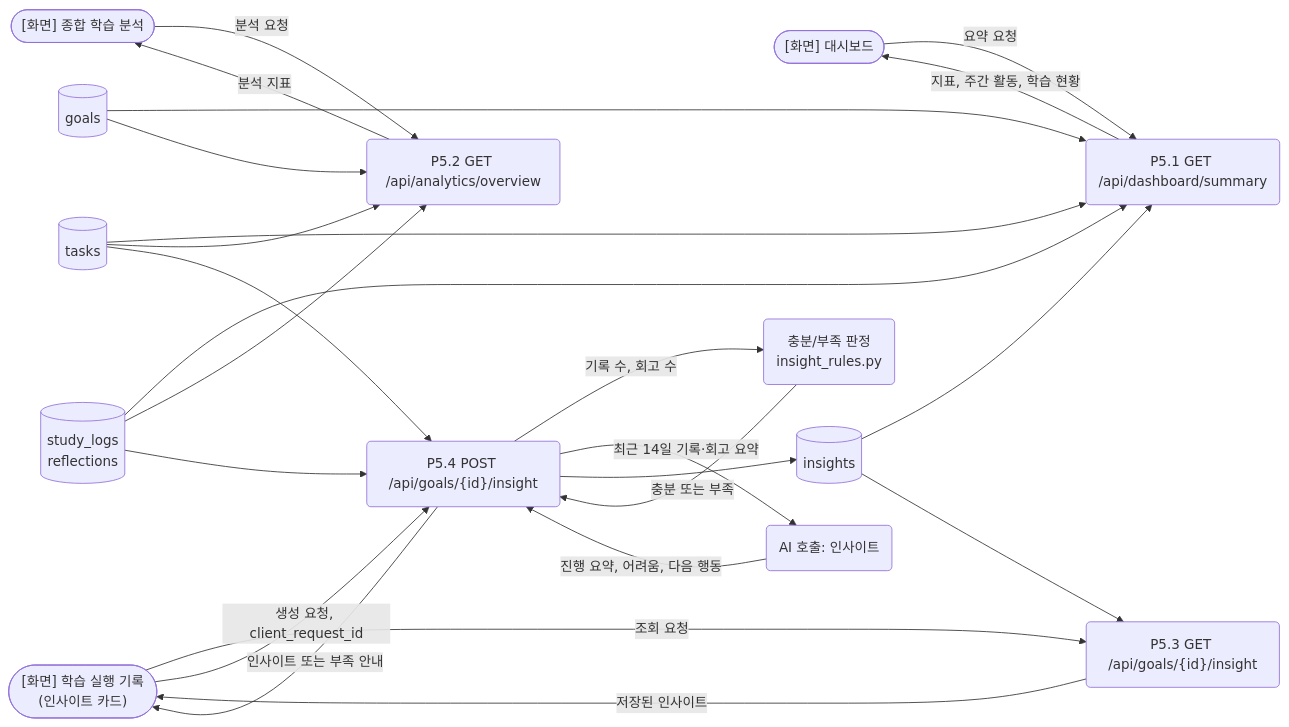
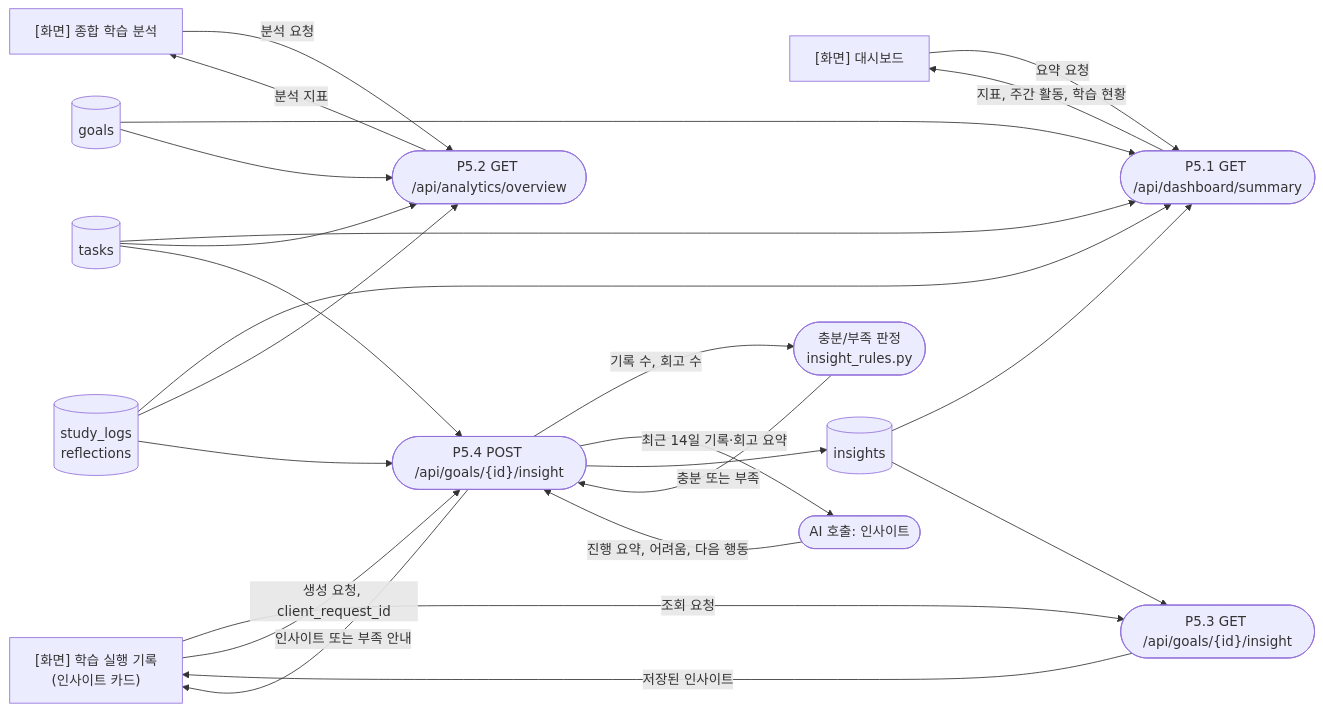
Before and after one commit to yong05610/ai-n-fprj: the eighth of 12 diagrams in docs/architecture_dfd.md, drawn with Mermaid. The commit also changed other lines of this file, not shown here.

````diff
--- a/docs/architecture_dfd.md
+++ b/docs/architecture_dfd.md
@@ -315,40 +315,40 @@
 ```mermaid
 flowchart LR
-    S1(["[화면] 대시보드"])
-    S2(["[화면] 종합 학습 분석"])
-    S3(["[화면] 학습 실행 기록<br/>(인사이트 카드)"])
-    P51("P5.1 GET /api/dashboard/summary")
-    P52("P5.2 GET /api/analytics/overview")
-    P53("P5.3 GET /api/goals/{id}/insight")
-    P54("P5.4 POST /api/goals/{id}/insight")
-    AI("AI 호출: 인사이트")
-    RU("충분/부족 판정<br/>insight_rules.py")
+    S1["[화면] 대시보드"]
+    S2["[화면] 종합 학습 분석"]
+    S3["[화면] 학습 실행 기록<br/>(인사이트 카드)"]
+    P51(["P5.1 GET /api/dashboard/summary"])
+    P52(["P5.2 GET /api/analytics/overview"])
+    P53(["P5.3 GET /api/goals/{id}/insight"])
+    P54(["P5.4 POST /api/goals/{id}/insight"])
+    AI(["AI 호출: 인사이트"])
+    RU(["충분/부족 판정<br/>insight_rules.py"])
     DG[("goals")]
     DT[("tasks")]
     DL[("study_logs<br/>reflections")]
     DI[("insights")]
 
     S1 -->|"요약 요청"| P51
     DG --> P51
     DT --> P51
     DL --> P51
     DI --> P51
     P51 -->|"지표, 주간 활동, 학습 현황"| S1
     S2 -->|"분석 요청"| P52
     DG --> P52
     DT --> P52
     DL --> P52
     P52 -->|"분석 지표"| S2
     S3 -->|"조회 요청"| P53
     DI --> P53
     P53 -->|"저장된 인사이트"| S3
     S3 -->|"생성 요청, client_request_id"| P54
     DT --> P54
     DL --> P54
     P54 -->|"기록 수, 회고 수"| RU
     RU -->|"충분 또는 부족"| P54
     P54 -->|"최근 14일 기록·회고 요약"| AI
     AI -->|"진행 요약, 어려움, 다음 행동"| P54
     P54 --> DI
     P54 -->|"인사이트 또는 부족 안내"| S3
 ```
````
